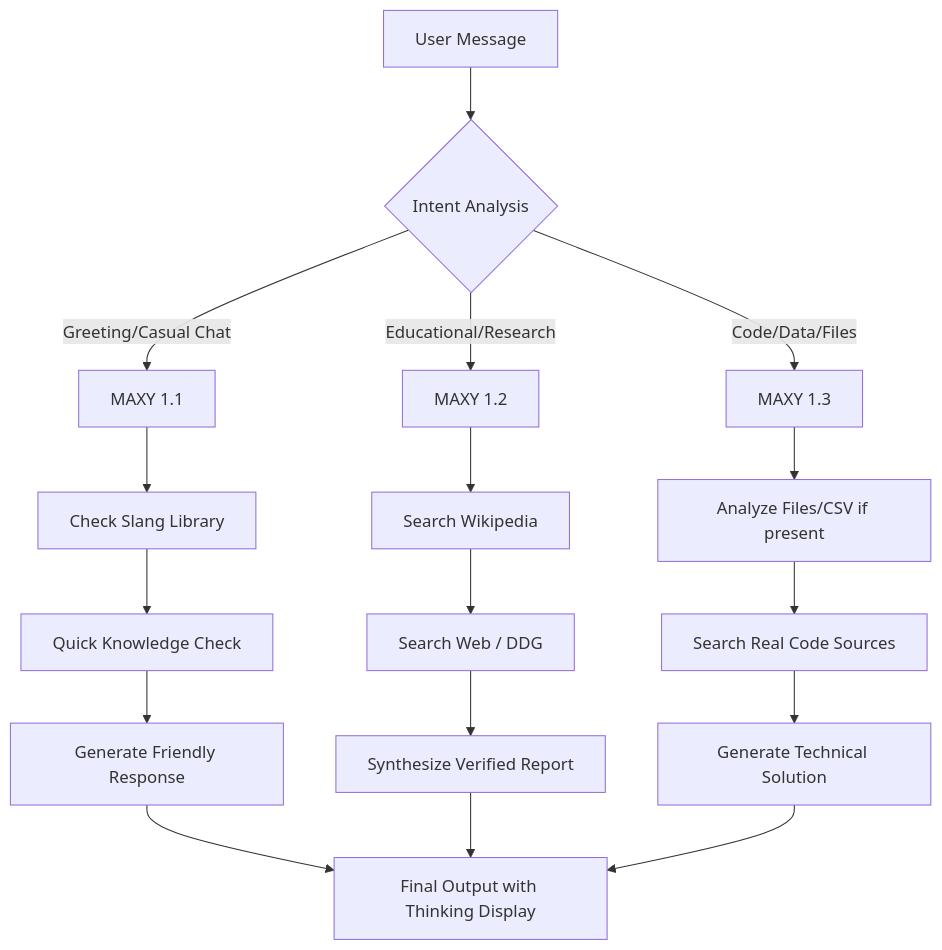
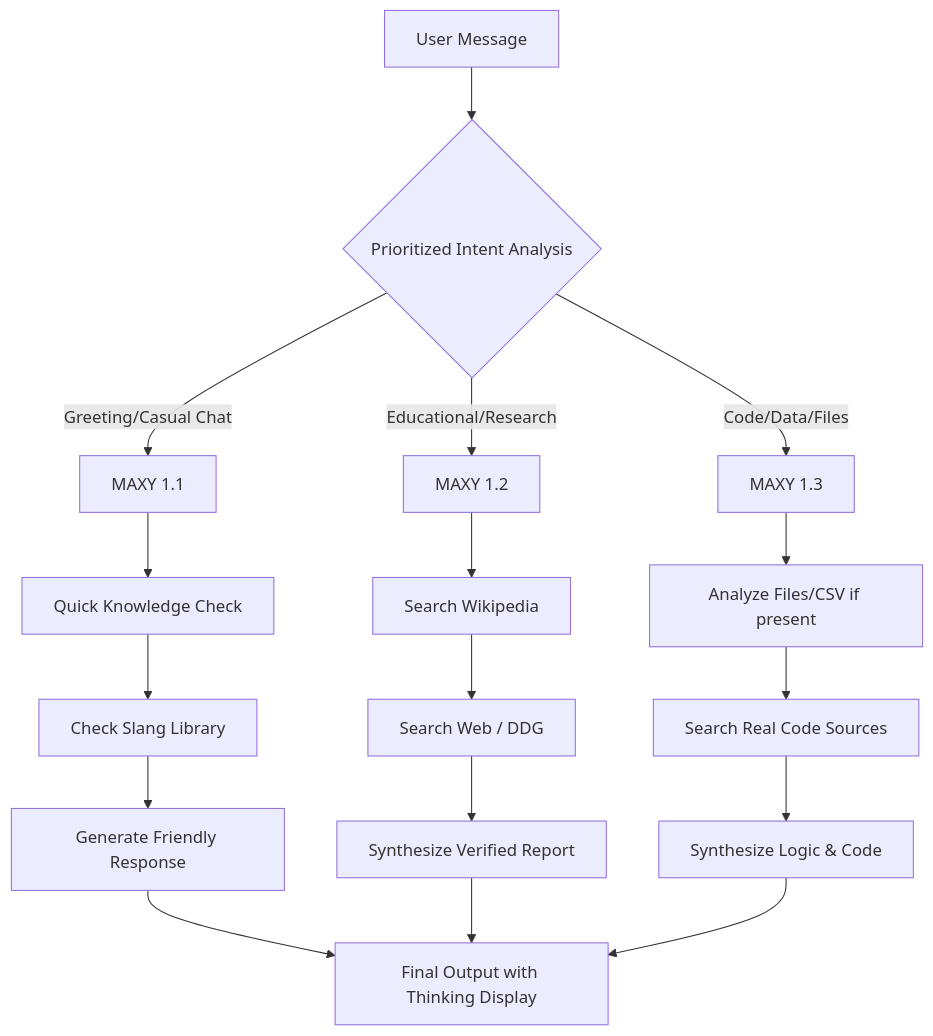
Before and after one commit to WalterMax289/maxy: the diagram in DOCUMENTATION.md, drawn with Mermaid. The commit also changed 1 other file, not shown here.

Commit message:
Align MAXY 1.3 prioritization with documentation and other models

````diff
--- a/DOCUMENTATION.md
+++ b/DOCUMENTATION.md
@@ -46,24 +46,24 @@
 ```mermaid
 graph TD
-    A[User Message] --> B{Intent Analysis}
+    A[User Message] --> B{Prioritized Intent Analysis}
     
+    B -- "Code/Data/Files" --> E[MAXY 1.3]
+    B -- "Educational/Research" --> D[MAXY 1.2]
     B -- "Greeting/Casual Chat" --> C[MAXY 1.1]
-    B -- "Educational/Research" --> D[MAXY 1.2]
-    B -- "Code/Data/Files" --> E[MAXY 1.3]
     
-    C --> C1[Check Slang Library]
-    C1 --> C2[Quick Knowledge Check]
-    C2 --> C3[Generate Friendly Response]
+    E --> E1[Analyze Files/CSV if present]
+    E1 --> E2[Search Real Code Sources]
+    E2 --> E3[Synthesize Logic & Code]
     
     D --> D1[Search Wikipedia]
     D1 --> D2[Search Web / DDG]
     D2 --> D3[Synthesize Verified Report]
     
-    E --> E1[Analyze Files/CSV if present]
-    E1 --> E2[Search Real Code Sources]
-    E2 --> E3[Generate Technical Solution]
+    C --> C1[Quick Knowledge Check]
+    C1 --> C2[Check Slang Library]
+    C2 --> C3[Generate Friendly Response]
     
     C3 --> F[Final Output with Thinking Display]
     D3 --> F
     E3 --> F
 ```
````
